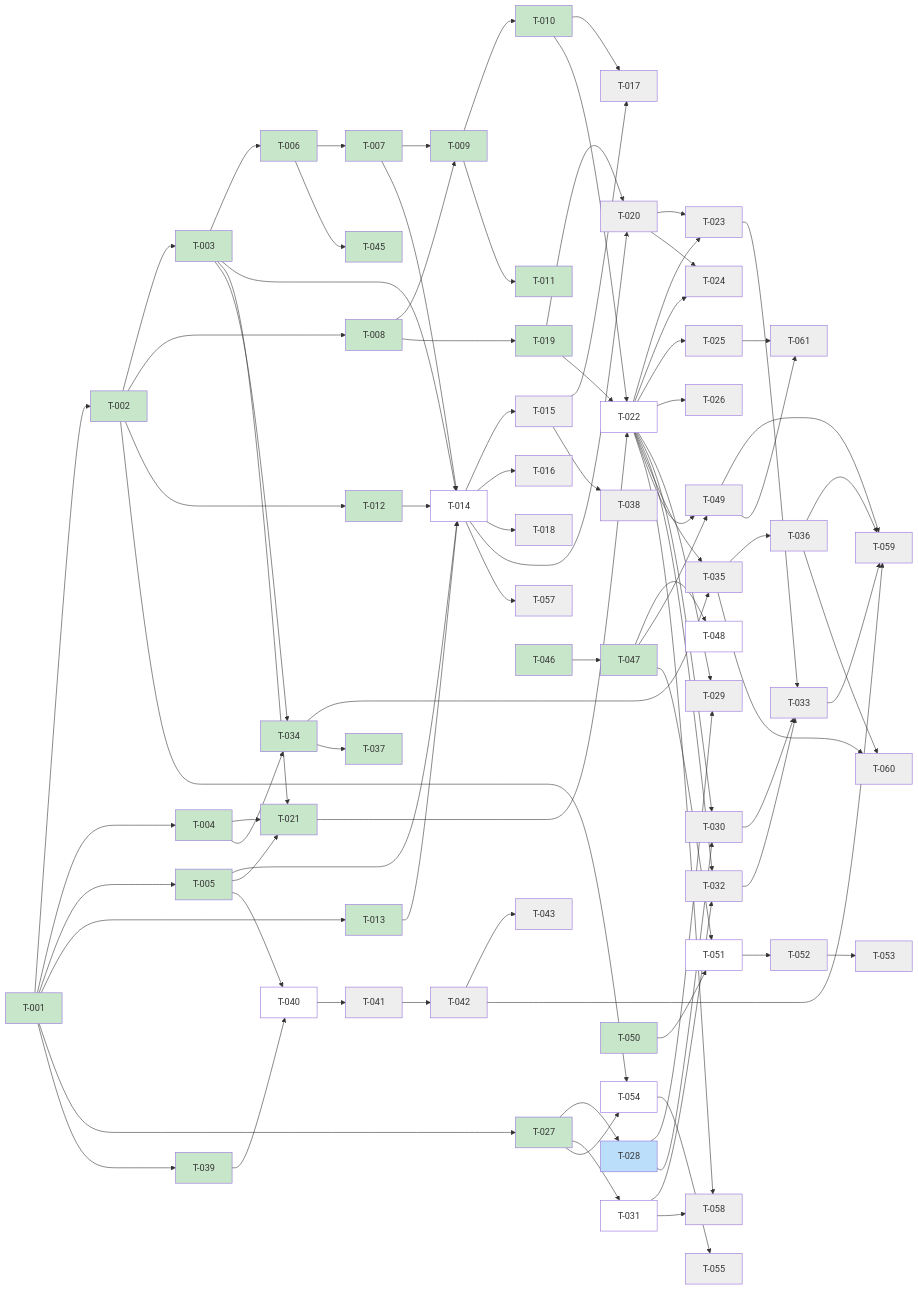
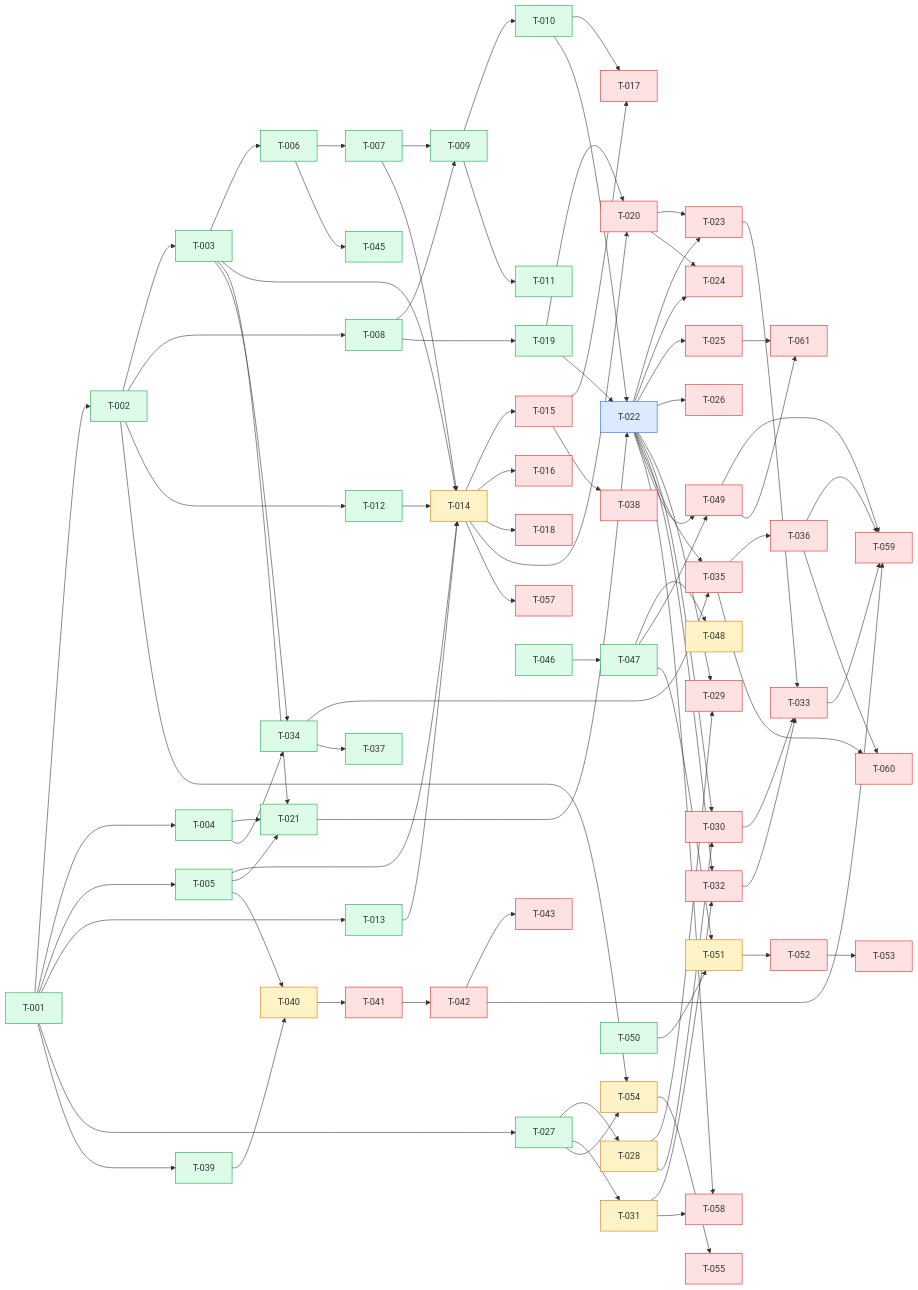
Before and after one commit to scholtz/biatec-chat: the diagram in kanban/BOARD.md, drawn with Mermaid. The commit also changed other lines of this file and 7 other files, not shown here.

````diff
--- a/kanban/BOARD.md
+++ b/kanban/BOARD.md
@@ -183,13 +183,71 @@
   T036[T-036] --> T060[T-060]
   T025[T-025] --> T061[T-061]
   T049[T-049] --> T061[T-061]
-  classDef done fill:#c8e6c9
-  classDef review fill:#fff9c4
-  classDef inprogress fill:#bbdefb
-  classDef backlog fill:#ffffff
-  classDef blocked fill:#eeeeee
-  class T001,T002,T003,T004,T005,T006,T007,T008,T009,T010,T011,T012,T013,T019,T021,T027,T034,T037,T039,T044,T045,T046,T047,T050 done
-  class T028 inprogress
-  class T014,T022,T040,T031,T048,T051,T054,T056 backlog
-  class T015,T020,T023,T041,T042,T017,T024,T029,T030,T032,T033,T035,T036,T038,T049,T055,T059,T016,T018,T025,T026,T043,T052,T053,T057,T058,T060,T061 blocked
+  classDef backlog fill:#dbeafe,stroke:#2563eb
+  classDef prog fill:#fef3c7,stroke:#d97706
+  classDef blocked fill:#fee2e2,stroke:#dc2626
+  classDef review fill:#ede9fe,stroke:#7c3aed
+  classDef done fill:#dcfce7,stroke:#16a34a
+  class T001 done
+  class T002 done
+  class T003 done
+  class T004 done
+  class T005 done
+  class T006 done
+  class T007 done
+  class T008 done
+  class T009 done
+  class T010 done
+  class T011 done
+  class T012 done
+  class T013 done
+  class T014 prog
+  class T015 blocked
+  class T016 blocked
+  class T017 blocked
+  class T018 blocked
+  class T019 done
+  class T020 blocked
+  class T021 done
+  class T022 backlog
+  class T023 blocked
+  class T024 blocked
+  class T025 blocked
+  class T026 blocked
+  class T027 done
+  class T028 prog
+  class T029 blocked
+  class T030 blocked
+  class T031 prog
+  class T032 blocked
+  class T033 blocked
+  class T034 done
+  class T035 blocked
+  class T036 blocked
+  class T037 done
+  class T038 blocked
+  class T039 done
+  class T040 prog
+  class T041 blocked
+  class T042 blocked
+  class T043 blocked
+  class T044 done
+  class T045 done
+  class T046 done
+  class T047 done
+  class T048 prog
+  class T049 blocked
+  class T050 done
+  class T051 prog
+  class T052 blocked
+  class T053 blocked
+  class T054 prog
+  class T055 blocked
+  class T056 prog
+  class T057 blocked
+  class T058 blocked
+  class T059 blocked
+  class T060 blocked
+  class T061 blocked
+
 ```
````
